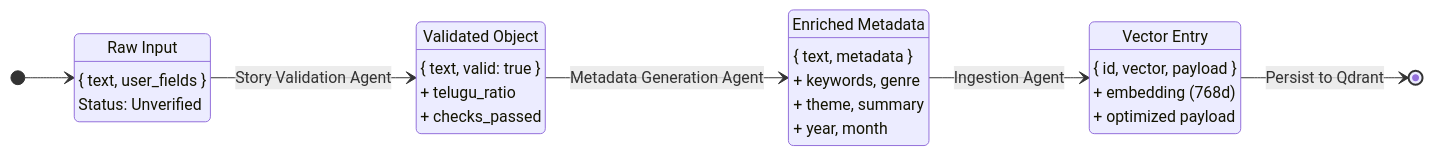
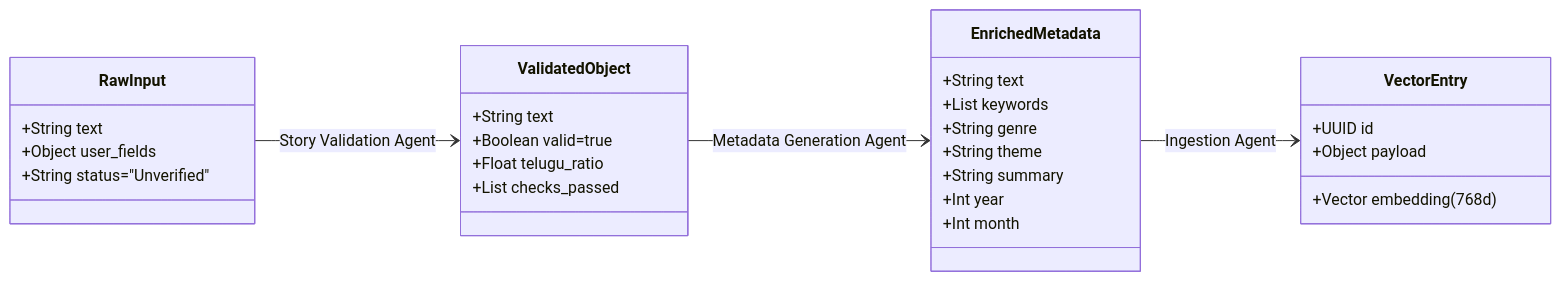
The second of 4 diagrams in agentic_implementation plan/architecture/master_architecture_flows.md (sanjaysam410/telugu-agentic-rag), drawn with Mermaid before and after one commit.

Commit message:
resolved mermaid code error

````diff
--- a/agentic_implementation plan/architecture/master_architecture_flows.md
+++ b/agentic_implementation plan/architecture/master_architecture_flows.md
@@ -85,31 +85,37 @@
 ```mermaid
-stateDiagram-v2
+classDiagram
     direction LR
 
-    state "Raw Input" as Raw
-    state "Validated Object" as Validated
-    state "Enriched Metadata" as Enriched
-    state "Vector Entry" as Vector
+    class RawInput {
+        +String text
+        +Object user_fields
+        +String status="Unverified"
+    }
 
-    Raw : { text, user_fields }
-    Raw : Status: Unverified
+    class ValidatedObject {
+         +String text
+         +Boolean valid=true
+         +Float telugu_ratio
+         +List checks_passed
+    }
 
-    Validated : { text, valid: true }
-    Validated : + telugu_ratio
-    Validated : + checks_passed
+    class EnrichedMetadata {
+         +String text
+         +List keywords
+         +String genre
+         +String theme
+         +String summary
+         +Int year
+         +Int month
+    }
 
-    Enriched : { text, metadata }
-    Enriched : + keywords, genre
-    Enriched : + theme, summary
-    Enriched : + year, month
+    class VectorEntry {
+         +UUID id
+         +Vector embedding (768d)
+         +Object payload
+    }
 
-    Vector : { id, vector, payload }
-    Vector : + embedding (768d)
-    Vector : + optimized payload
-
-    [*] --> Raw
-    Raw --> Validated : Story Validation Agent
-    Validated --> Enriched : Metadata Generation Agent
-    Enriched --> Vector : Ingestion Agent
-    Vector --> [*] : Persist to Qdrant
+    RawInput --> ValidatedObject : Story Validation Agent
+    ValidatedObject --> EnrichedMetadata : Metadata Generation Agent
+    EnrichedMetadata --> VectorEntry : Ingestion Agent
 ```
````
